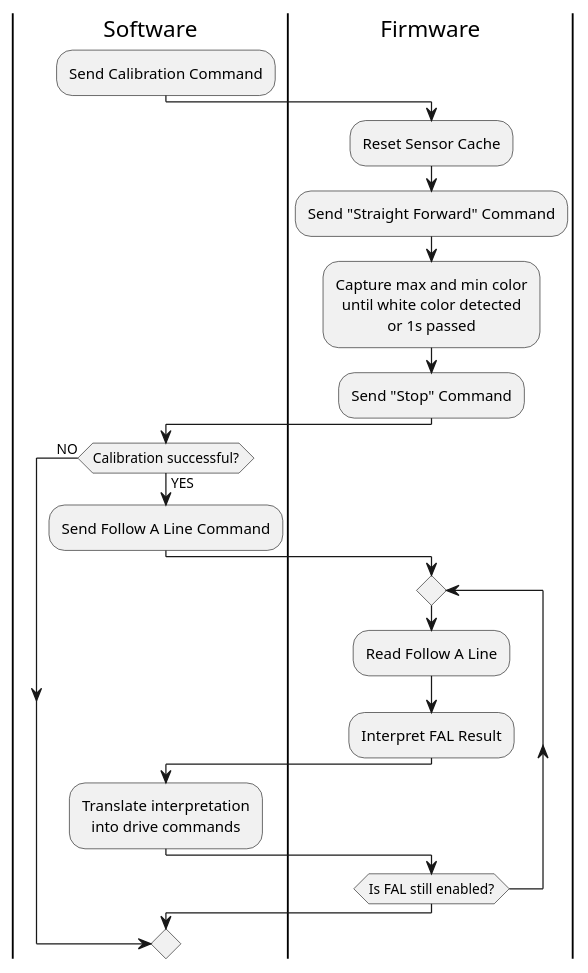
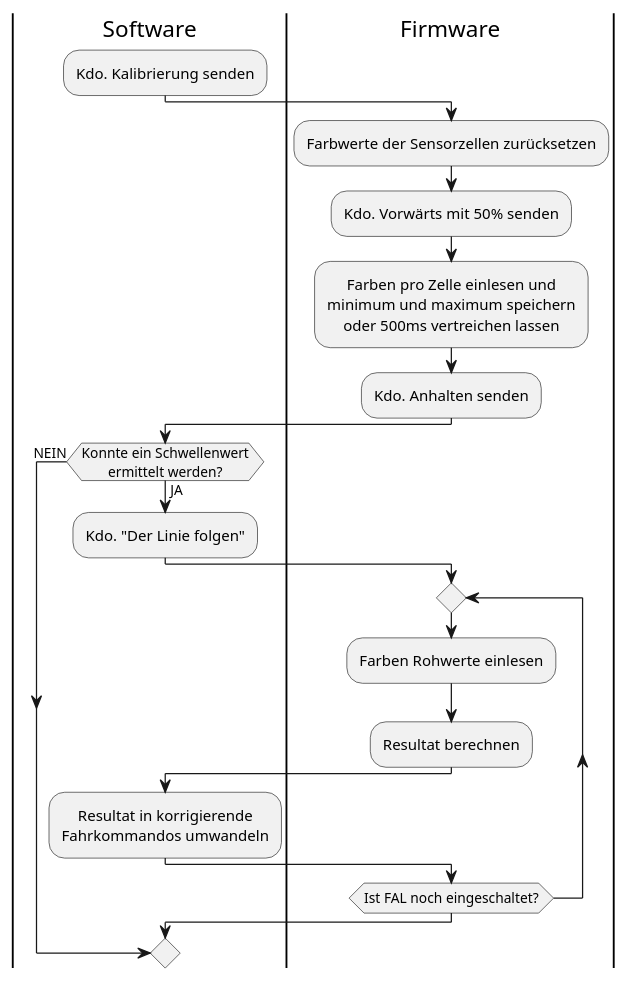
Before and after one commit to tasoftch/Robokit: the diagram in components/hw_drive/docs/robokit-follow-a-line.puml, drawn with PlantUML. The commit also changed 2 other files, not shown here.

```diff
--- a/components/hw_drive/docs/robokit-follow-a-line.puml
+++ b/components/hw_drive/docs/robokit-follow-a-line.puml
@@ -1,28 +1,28 @@
 @startuml
 'https://plantuml.com/activity-diagram-beta
 skinparam defaultTextAlignment center
 
 |Software|
-:Send Calibration Command;
+:Kdo. Kalibrierung senden;
 |Firmware|
-:Reset Sensor Cache;
-:Send "Straight Forward" Command;
-:Capture max and min color
-until white color detected
-or 1s passed;
-:Send "Stop" Command;
+:Farbwerte der Sensorzellen zurücksetzen;
+:Kdo. Vorwärts mit 50% senden;
+:Farben pro Zelle einlesen und
+minimum und maximum speichern
+oder 500ms vertreichen lassen;
+:Kdo. Anhalten senden;
 |Software|
-if(Calibration successful?) then(YES)
-	:Send Follow A Line Command;
+if(Konnte ein Schwellenwert\nermittelt werden?) then(JA)
+	:Kdo. "Der Linie folgen";
 	|Firmware|
 	repeat
-		:Read Follow A Line;
-		:Interpret FAL Result;
+		:Farben Rohwerte einlesen;
+		:Resultat berechnen;
 		|Software|
-		:Translate interpretation
-		into drive commands;
+		:Resultat in korrigierende
+		Fahrkommandos umwandeln;
 		|Firmware|
-	repeat while (Is FAL still enabled?)
-else(NO)
+	repeat while (Ist FAL noch eingeschaltet?)
+else(NEIN)
 
 @enduml
```
